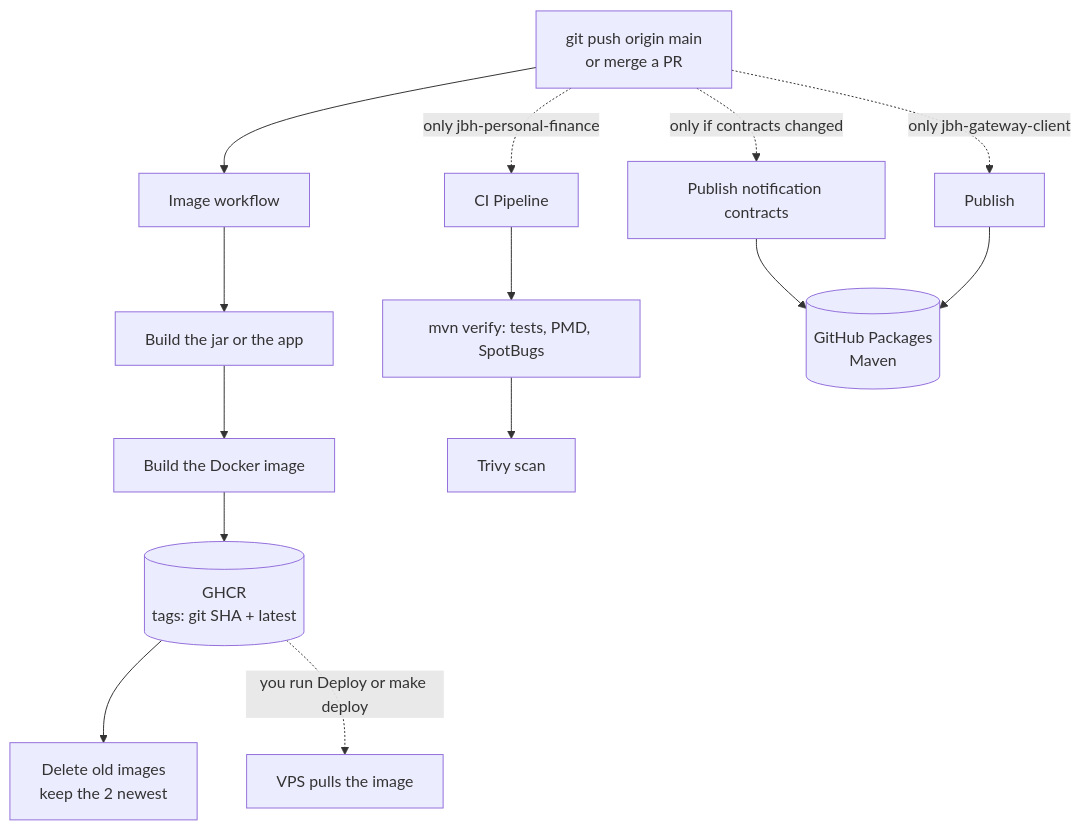
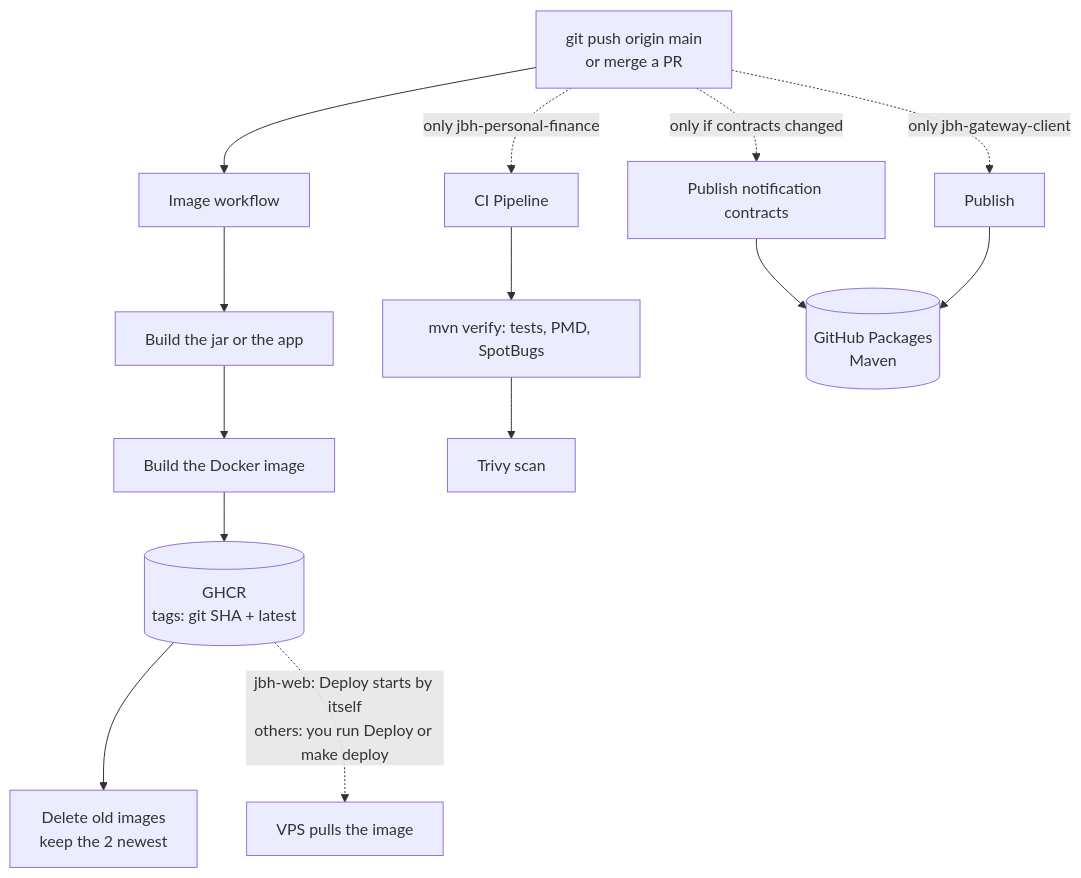
The diagram in CI.md (kkpa-jbh/jbh-deploy), drawn with Mermaid before and after one commit. The commit also changed other lines of this file and 6 other files, not shown here.

First line of the commit message:
feat(deploy): deploy an exact commit and check the jbh-web page, for auto-deploy

````diff
--- a/CI.md
+++ b/CI.md
@@ -34,20 +35,20 @@
 ```mermaid
 flowchart TD
     push[git push origin main<br/>or merge a PR] --> img[Image workflow]
     push -. only jbh-personal-finance .-> ci[CI Pipeline]
     push -. only if contracts changed .-> pc[Publish notification contracts]
     push -. only jbh-gateway-client .-> pub[Publish]
 
     img --> build[Build the jar or the app]
     build --> docker[Build the Docker image]
     docker --> ghcr[(GHCR<br/>tags: git SHA + latest)]
     ghcr --> clean[Delete old images<br/>keep the 2 newest]
 
     ci --> tests[mvn verify: tests, PMD, SpotBugs]
     tests --> trivy[Trivy scan]
 
     pc --> pkg[(GitHub Packages<br/>Maven)]
     pub --> pkg
 
-    ghcr -. you run Deploy or make deploy .-> vps[VPS pulls the image]
+    ghcr -. jbh-web: Deploy starts by itself<br/>others: you run Deploy or make deploy .-> vps[VPS pulls the image]
 ```
````
